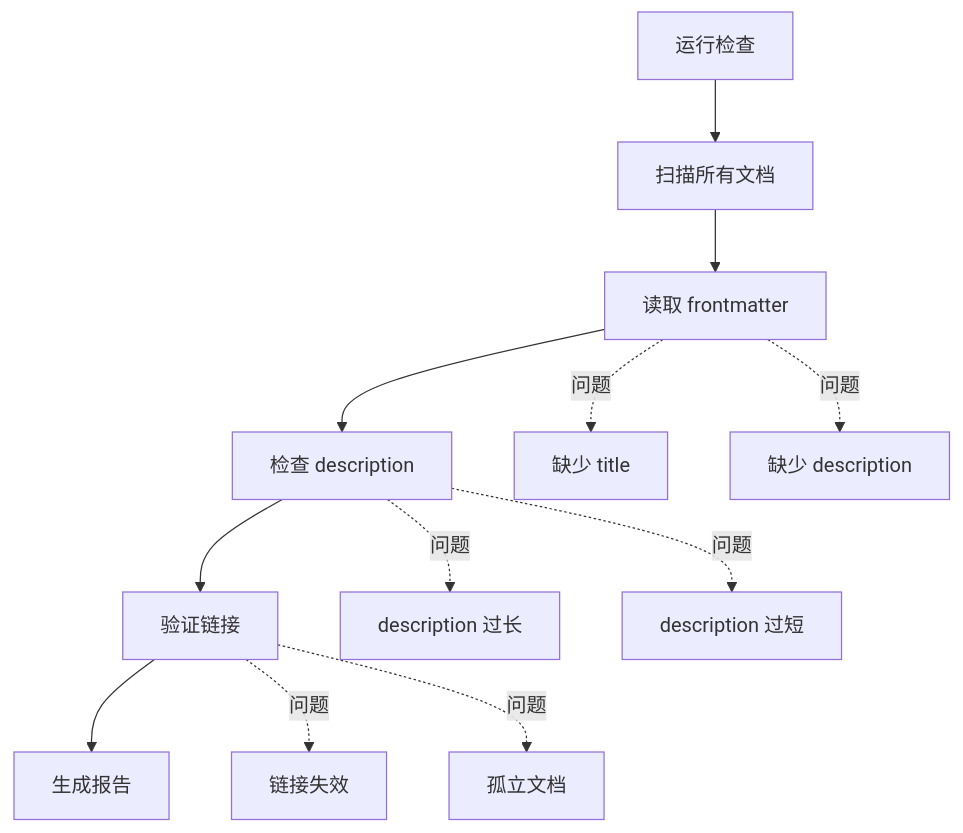
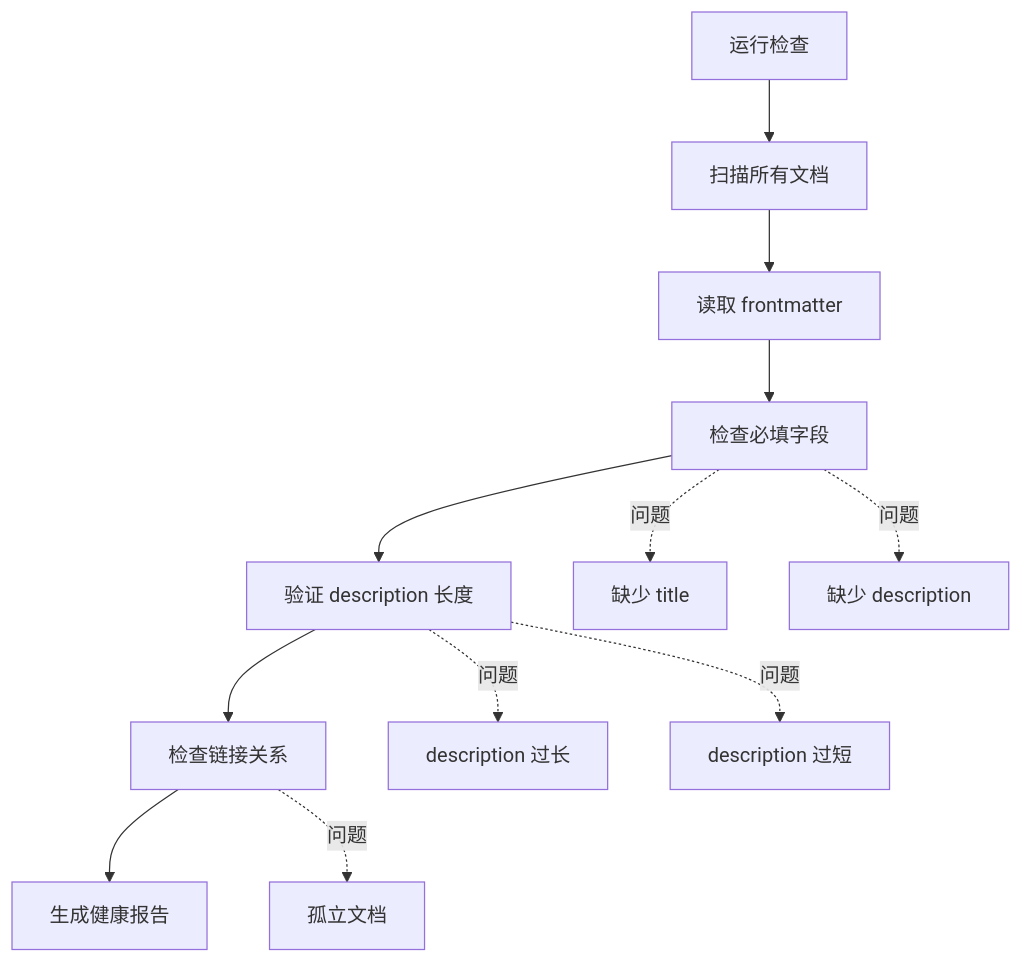
The sixth of 6 diagrams in .agents/skills/feat-docs-tutorial/09-toc-manager.md (smartboot/feat), drawn with Mermaid before and after one commit. The commit also changed other lines of this file, not shown here.

````diff
--- a/.agents/skills/feat-docs-tutorial/09-toc-manager.md
+++ b/.agents/skills/feat-docs-tutorial/09-toc-manager.md
@@ -201,15 +229,15 @@
 ```mermaid
 flowchart TD
     A[运行检查] --> B[扫描所有文档]
     B --> C[读取 frontmatter]
-    C --> D[检查 description]
-    D --> E[验证链接]
-    E --> F[生成报告]
+    C --> D[检查必填字段]
+    D --> E[验证 description 长度]
+    E --> F[检查链接关系]
+    F --> G[生成健康报告]
     
-    C -.->|问题| C1[缺少 title]
-    C -.->|问题| C2[缺少 description]
-    D -.->|问题| D1[description 过长]
-    D -.->|问题| D2[description 过短]
-    E -.->|问题| E1[链接失效]
-    E -.->|问题| E2[孤立文档]
+    D -.->|问题| D1[缺少 title]
+    D -.->|问题| D2[缺少 description]
+    E -.->|问题| E1[description 过长]
+    E -.->|问题| E2[description 过短]
+    F -.->|问题| F1[孤立文档]
 ```
````
